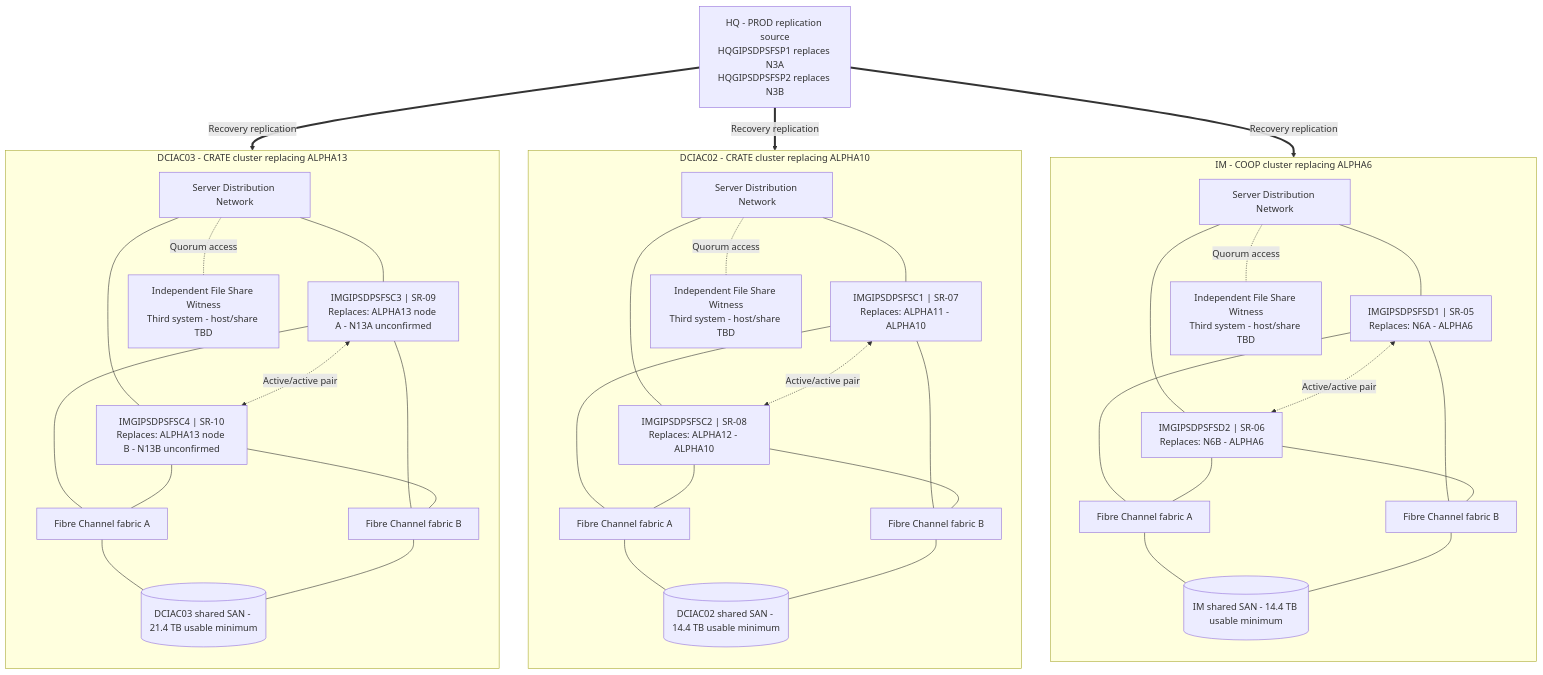
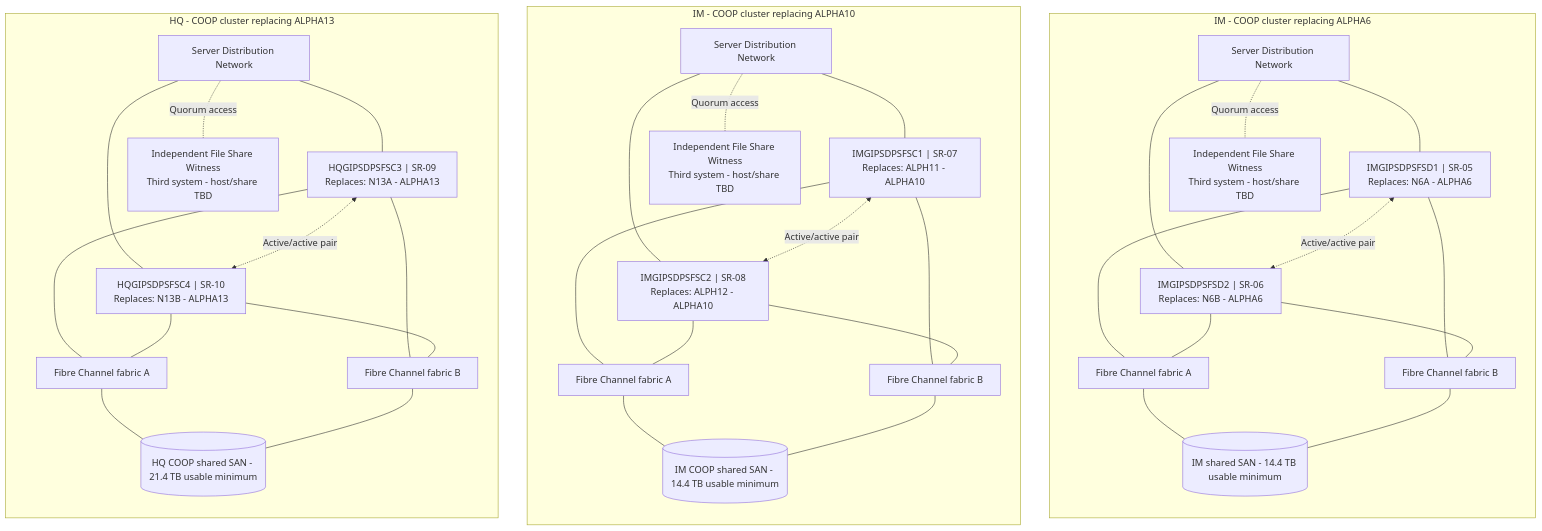
One commit to root180/OpenVMSReplacement changed the diagram in Hardware replacment/08 Network Diagrams/GDPS_COOP_Network_Node_Diagram.md. Above: the diagram before and after it, drawn with Mermaid. The commit also changed other lines of this file and 41 other files, not shown here.

Commit message:
docs: align COOP HQ and IM placement and defer replication design to network engineers

````diff
--- a/Hardware replacment/08 Network Diagrams/GDPS_COOP_Network_Node_Diagram.md
+++ b/Hardware replacment/08 Network Diagrams/GDPS_COOP_Network_Node_Diagram.md
@@ -5,78 +5,72 @@
 ```mermaid
 flowchart TB
-PROD["HQ - PROD replication source
-HQGIPSDPSFSP1 replaces N3A
-HQGIPSDPSFSP2 replaces N3B"]
 subgraph I["IM - COOP cluster replacing ALPHA6"]
 direction TB
 IN["Server Distribution Network"]
 I1["IMGIPSDPSFSD1 | SR-05
 Replaces: N6A - ALPHA6"]
 I2["IMGIPSDPSFSD2 | SR-06
 Replaces: N6B - ALPHA6"]
 IA["Fibre Channel fabric A"]
 IB["Fibre Channel fabric B"]
 IS[("IM shared SAN - 14.4 TB usable minimum")]
 IW["Independent File Share Witness
 Third system - host/share TBD"]
 IN --- I1
 IN --- I2
 I1 <-.->|Active/active pair| I2
 I1 --- IA
 I1 --- IB
 I2 --- IA
 I2 --- IB
 IA --- IS
 IB --- IS
 IN -. Quorum access .- IW
 end
-subgraph C2["DCIAC02 - CRATE cluster replacing ALPHA10"]
+subgraph C2["IM - COOP cluster replacing ALPHA10"]
 direction TB
 C2N["Server Distribution Network"]
 C21["IMGIPSDPSFSC1 | SR-07
-Replaces: ALPHA11 - ALPHA10"]
+Replaces: ALPH11 - ALPHA10"]
 C22["IMGIPSDPSFSC2 | SR-08
-Replaces: ALPHA12 - ALPHA10"]
+Replaces: ALPH12 - ALPHA10"]
 C2A["Fibre Channel fabric A"]
 C2B["Fibre Channel fabric B"]
-C2S[("DCIAC02 shared SAN - 14.4 TB usable minimum")]
+C2S[("IM COOP shared SAN - 14.4 TB usable minimum")]
 C2W["Independent File Share Witness
 Third system - host/share TBD"]
 C2N --- C21
 C2N --- C22
 C21 <-.->|Active/active pair| C22
 C21 --- C2A
 C21 --- C2B
 C22 --- C2A
 C22 --- C2B
 C2A --- C2S
 C2B --- C2S
 C2N -. Quorum access .- C2W
 end
-subgraph C3["DCIAC03 - CRATE cluster replacing ALPHA13"]
+subgraph C3["HQ - COOP cluster replacing ALPHA13"]
 direction TB
 C3N["Server Distribution Network"]
-C31["IMGIPSDPSFSC3 | SR-09
-Replaces: ALPHA13 node A - N13A unconfirmed"]
-C32["IMGIPSDPSFSC4 | SR-10
-Replaces: ALPHA13 node B - N13B unconfirmed"]
+C31["HQGIPSDPSFSC3 | SR-09
+Replaces: N13A - ALPHA13"]
+C32["HQGIPSDPSFSC4 | SR-10
+Replaces: N13B - ALPHA13"]
 C3A["Fibre Channel fabric A"]
 C3B["Fibre Channel fabric B"]
-C3S[("DCIAC03 shared SAN - 21.4 TB usable minimum")]
+C3S[("HQ COOP shared SAN - 21.4 TB usable minimum")]
 C3W["Independent File Share Witness
 Third system - host/share TBD"]
 C3N --- C31
 C3N --- C32
 C31 <-.->|Active/active pair| C32
 C31 --- C3A
 C31 --- C3B
 C32 --- C3A
 C32 --- C3B
 C3A --- C3S
 C3B --- C3S
 C3N -. Quorum access .- C3W
 end
-PROD ==>|Recovery replication| IS
-PROD ==>|Recovery replication| C2S
-PROD ==>|Recovery replication| C3S
 ```
````
